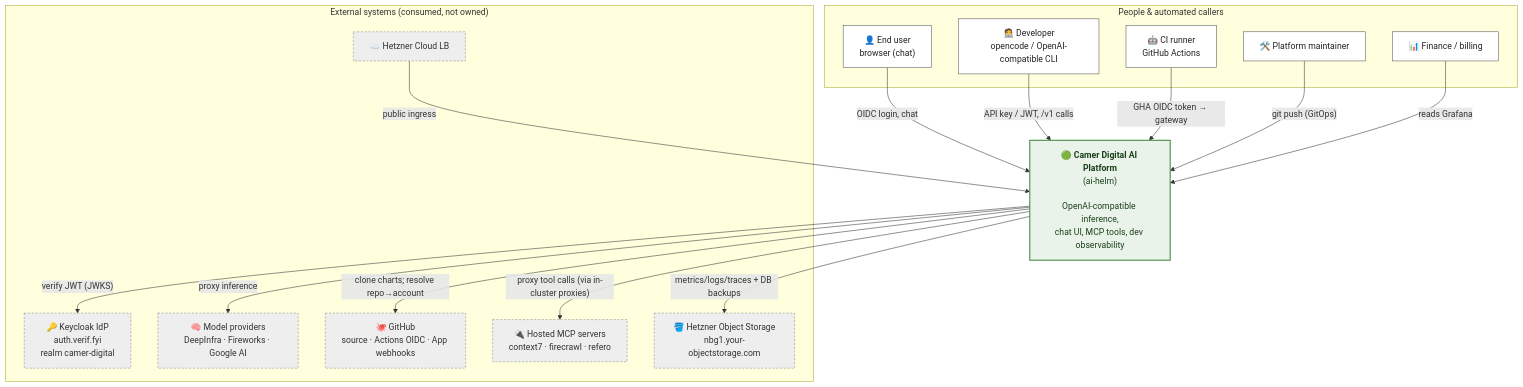
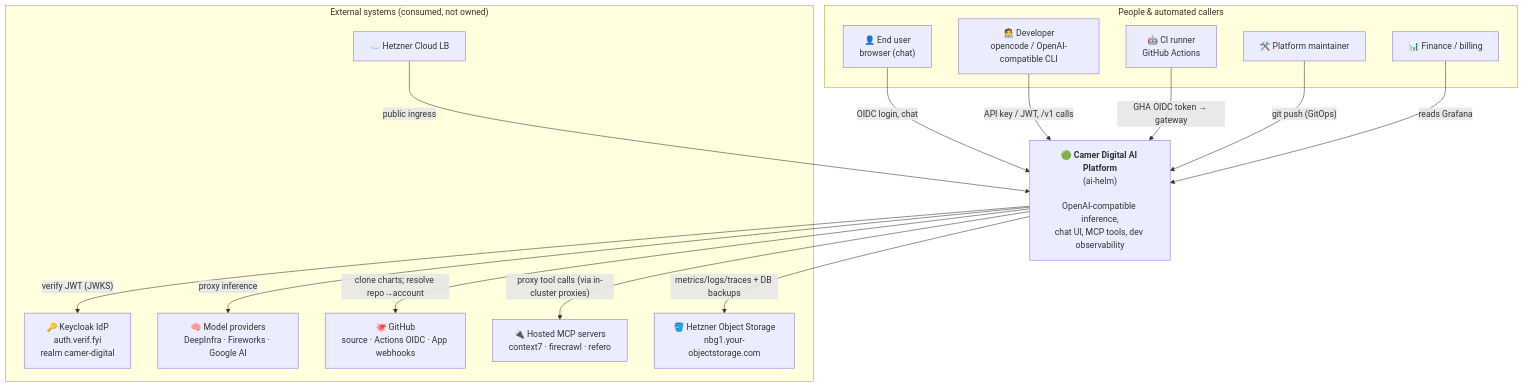
The diagram in docs/architecture/01-context.md (ADORSYS-GIS/ai-helm), drawn with Mermaid before and after one commit. The commit also changed 13 other files, not shown here.

First line of the commit message:
docs(architecture): uncolor all mermaid; refresh CD/components; add diagrams

````diff
--- a/docs/architecture/01-context.md
+++ b/docs/architecture/01-context.md
@@ -8,38 +8,35 @@
 ```mermaid
 flowchart TB
     subgraph people["People & automated callers"]
-        HUMAN["👤 End user<br/>browser (chat)"]:::actor
-        DEV["🧑‍💻 Developer<br/>opencode / OpenAI-compatible CLI"]:::actor
-        CI["🤖 CI runner<br/>GitHub Actions"]:::actor
-        OPS["🛠️ Platform maintainer"]:::actor
-        FIN["📊 Finance / billing"]:::actor
+        HUMAN["👤 End user<br/>browser (chat)"]
+        DEV["🧑‍💻 Developer<br/>opencode / OpenAI-compatible CLI"]
+        CI["🤖 CI runner<br/>GitHub Actions"]
+        OPS["🛠️ Platform maintainer"]
+        FIN["📊 Finance / billing"]
     end
 
-    PLATFORM["🟢 <b>Camer Digital AI Platform</b><br/>(ai-helm)<br/><br/>OpenAI-compatible inference,<br/>chat UI, MCP tools, dev observability"]:::platform
+    PLATFORM["🟢 <b>Camer Digital AI Platform</b><br/>(ai-helm)<br/><br/>OpenAI-compatible inference,<br/>chat UI, MCP tools, dev observability"]
 
     subgraph ext["External systems (consumed, not owned)"]
-        KC["🔑 Keycloak IdP<br/>auth.verif.fyi<br/>realm camer-digital"]:::ext
-        PROV["🧠 Model providers<br/>DeepInfra · Fireworks · Google AI"]:::ext
-        GH["🐙 GitHub<br/>source · Actions OIDC · App webhooks"]:::ext
-        EXTMCP["🔌 Hosted MCP servers<br/>context7 · firecrawl · refero"]:::ext
-        S3["🪣 Hetzner Object Storage<br/>nbg1.your-objectstorage.com"]:::ext
-        HCLOUD["☁️ Hetzner Cloud LB"]:::ext
+        KC["🔑 Keycloak IdP<br/>auth.verif.fyi<br/>realm camer-digital"]
+        PROV["🧠 Model providers<br/>DeepInfra · Fireworks · Google AI"]
+        GH["🐙 GitHub<br/>source · Actions OIDC · App webhooks"]
+        EXTMCP["🔌 Hosted MCP servers<br/>context7 · firecrawl · refero"]
+        S3["🪣 Hetzner Object Storage<br/>nbg1.your-objectstorage.com"]
+        HCLOUD["☁️ Hetzner Cloud LB"]
     end
 
     HUMAN -->|"OIDC login, chat"| PLATFORM
     DEV -->|"API key / JWT, /v1 calls"| PLATFORM
     CI -->|"GHA OIDC token → gateway"| PLATFORM
     OPS -->|"git push (GitOps)"| PLATFORM
     FIN -->|"reads Grafana"| PLATFORM
 
     PLATFORM -->|"verify JWT (JWKS)"| KC
     PLATFORM -->|"proxy inference"| PROV
     PLATFORM -->|"clone charts; resolve repo→account"| GH
     PLATFORM -->|"proxy tool calls (via in-cluster proxies)"| EXTMCP
     PLATFORM -->|"metrics/logs/traces + DB backups"| S3
     HCLOUD -->|"public ingress"| PLATFORM
 
-    classDef actor fill:#fff,stroke:#555,color:#222;
-    classDef platform fill:#eaf3ea,stroke:#4a8a4a,color:#1a401a,stroke-width:2px;
-    classDef ext fill:#eee,stroke:#888,color:#333,stroke-dasharray:4 3;
 ```
````
